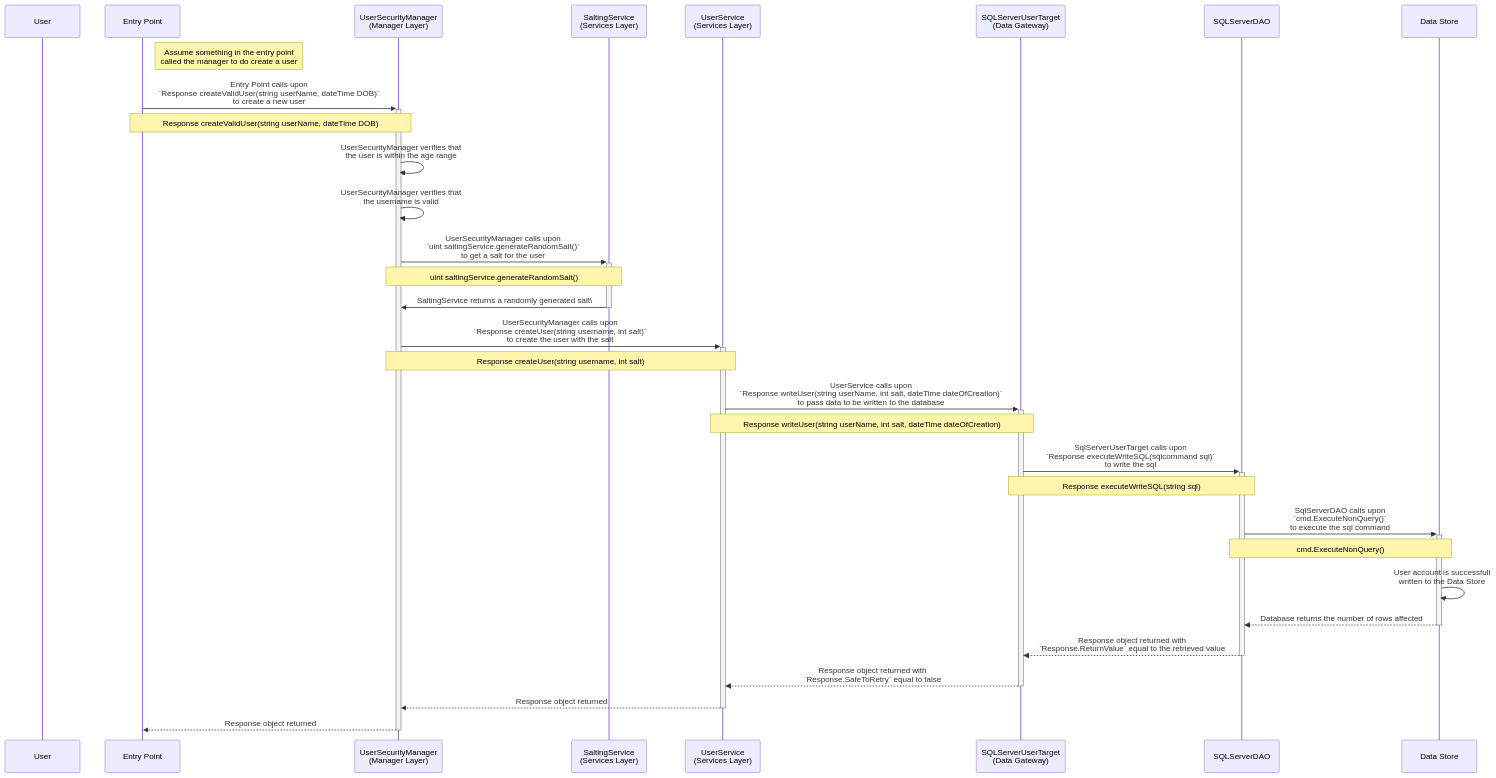
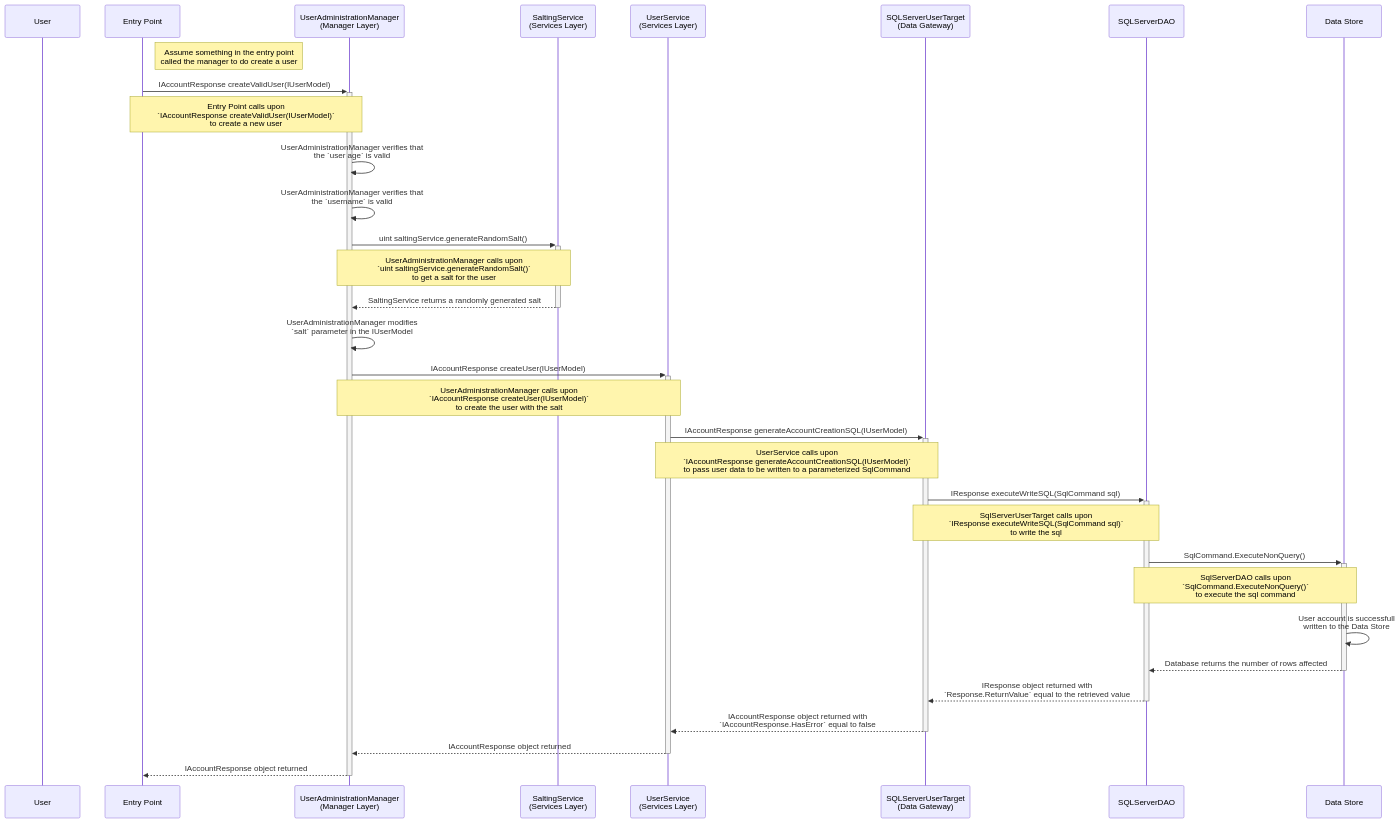
The diagram in Project Documents/Milestone 2/Low Level Design/User Administration Library/UserAdministrationLibray_AccountCreation_pass.mmd (MNRainDrop/CECS-491A-Spec), drawn with Mermaid before and after one commit. The commit also changed 2 other files, not shown here.

Commit message:
Updatd AccountCreation pass sequence diagram

```diff
--- a/Project Documents/Milestone 2/Low Level Design/User Administration Library/UserAdministrationLibray_AccountCreation_pass.mmd
+++ b/Project Documents/Milestone 2/Low Level Design/User Administration Library/UserAdministrationLibray_AccountCreation_pass.mmd
@@ -1,45 +1,46 @@
 sequenceDiagram
 participant u as User
 participant e as Entry Point
-participant usm as UserSecurityManager<br>(Manager Layer)
+participant usm as UserAdministrationManager<br>(Manager Layer)
 participant ss as SaltingService<br>(Services Layer)
 participant uc as UserService<br>(Services Layer)
 participant dg as SQLServerUserTarget<br>(Data Gateway)
 participant da as SQLServerDAO
 participant ds as Data Store
 
 Note Right of e: Assume something in the entry point<br>called the manager to do create a user
-e->>+usm: Entry Point calls upon<br>`Response createValidUser(string userName, dateTime DOB)`<br>to create a new user
-    Note over e,usm: Response createValidUser(string userName, dateTime DOB)
+e->>+usm: IAccountResponse createValidUser(IUserModel)
+    Note over e,usm: Entry Point calls upon<br>`IAccountResponse createValidUser(IUserModel)`<br>to create a new user
 
-usm->>usm: UserSecurityManager verifies that<br>the user is within the age range
-usm->>usm: UserSecurityManager verifies that<br>the username is valid
+usm->>usm: UserAdministrationManager verifies that<br>the `user age` is valid
+usm->>usm: UserAdministrationManager verifies that<br>the `username` is valid
 
-usm->>+ss: UserSecurityManager calls upon<br>`uint saltingService.generateRandomSalt()`<br>to get a salt for the user
-    Note over ss,usm: uint saltingService.generateRandomSalt()
-ss->>-usm: SaltingService returns a randomly generated salt\
+usm->>+ss: uint saltingService.generateRandomSalt()
+    Note over ss,usm: UserAdministrationManager calls upon<br>`uint saltingService.generateRandomSalt()`<br>to get a salt for the user
+ss-->>-usm: SaltingService returns a randomly generated salt
 
-usm->>+uc: UserSecurityManager calls upon<br>`Response createUser(string username, int salt)`<br>to create the user with the salt
-    Note over usm,uc: Response createUser(string username, int salt)
+usm->>usm: UserAdministrationManager modifies<br>`salt` parameter in the IUserModel
+usm->>+uc: IAccountResponse createUser(IUserModel)
+    Note over usm,uc: UserAdministrationManager calls upon<br>`IAccountResponse createUser(IUserModel)`<br>to create the user with the salt
 
-uc->>+dg: UserService calls upon<br>`Response writeUser(string userName, int salt, dateTime dateOfCreation)`<br>to pass data to be written to the database
-    Note over uc,dg: Response writeUser(string userName, int salt, dateTime dateOfCreation)
+uc->>+dg: IAccountResponse generateAccountCreationSQL(IUserModel)
+    Note over uc,dg: UserService calls upon<br>`IAccountResponse generateAccountCreationSQL(IUserModel)`<br>to pass user data to be written to a parameterized SqlCommand
 
-dg->>+da: SqlServerUserTarget calls upon<br>`Response executeWriteSQL(sqlcommand sql)`<br>to write the sql
-    Note over dg,da: Response executeWriteSQL(string sql)
+dg->>+da: IResponse executeWriteSQL(SqlCommand sql)
+    Note over dg,da: SqlServerUserTarget calls upon<br>`IResponse executeWriteSQL(SqlCommand sql)`<br>to write the sql
 
-da->>+ds: SqlServerDAO calls upon<br>`cmd.ExecuteNonQuery()`<br>to execute the sql command
-    Note over da,ds: cmd.ExecuteNonQuery()
+da->>+ds: SqlCommand.ExecuteNonQuery()
+    Note over da,ds: SqlServerDAO calls upon<br>`SqlCommand.ExecuteNonQuery()`<br>to execute the sql command
 
 ds->>ds: User account is successfull<br>written to the Data Store
 
 ds-->>-da: Database returns the number of rows affected
 
-da-->>-dg: Response object returned with<br>`Response.ReturnValue` equal to the retrieved value
+da-->>-dg: IResponse object returned with<br>`Response.ReturnValue` equal to the retrieved value
 
-dg-->>-uc: Response object returned with<br>`Response.SafeToRetry` equal to false
+dg-->>-uc: IAccountResponse object returned with<br>`IAccountResponse.HasError` equal to false
 
-uc-->>-usm: Response object returned
+uc-->>-usm: IAccountResponse object returned
 
-usm-->>e: Response object returned
+usm-->>e: IAccountResponse object returned
 deactivate usm
```
